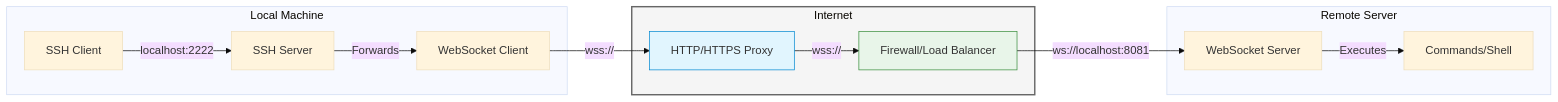
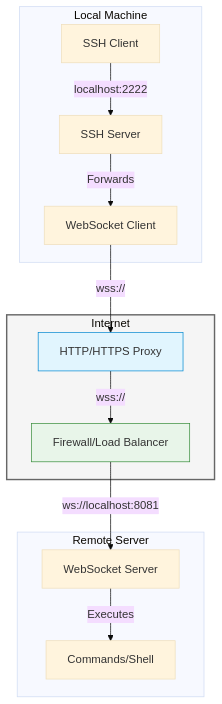
Before and after one commit to mrkurt/ssh2wss: the diagram in README.md, drawn with Mermaid (base theme). The commit also changed other lines of this file and 1 other file, not shown here.

Commit message:
docs: highlight SSH server capabilities and remove license section
Why:n- Users need to know this is a full SSH server implementationn- No system sshd is requirednnChanges:n- Added detailed SSH server feature listn- Highlighted PTY support, window resizing, env varsn- Noted that it uses user's default shelln- Removed redundant command execution linen- Removed license section

````diff
--- a/README.md
+++ b/README.md
@@ -14,21 +19,31 @@
 ```mermaid
-graph LR
+graph TB
     subgraph "Local Machine"
-        SSH[SSH Client] --> |localhost:2222| Bridge[SSH Server]
-        Bridge --> |Forwards| WS[WebSocket Client]
+        SSH[SSH Client]
+        Bridge[SSH Server]
+        WS[WebSocket Client]
+        
+        SSH --> |localhost:2222| Bridge
+        Bridge --> |Forwards| WS
     end
 
     subgraph "Internet"
-        WS --> |wss://| PROXY[HTTP/HTTPS Proxy]
-        PROXY --> |wss://| FW[Firewall/Load Balancer]
+        PROXY[HTTP/HTTPS Proxy]
+        FW[Firewall/Load Balancer]
+        
+        WS --> |wss://| PROXY
+        PROXY --> |wss://| FW
     end
 
     subgraph "Remote Server"
-        FW --> |ws://localhost:8081| WSS[WebSocket Server]
-        WSS --> |Executes| CMD[Commands/Shell]
+        WSS[WebSocket Server]
+        CMD[Commands/Shell]
+        
+        FW --> |ws://localhost:8081| WSS
+        WSS --> |Executes| CMD
     end
 
     style Internet fill:#f5f5f5,stroke:#666,stroke-width:2px
     style PROXY fill:#e1f5fe,stroke:#0288d1
     style FW fill:#e8f5e9,stroke:#388e3c
 ```
````
